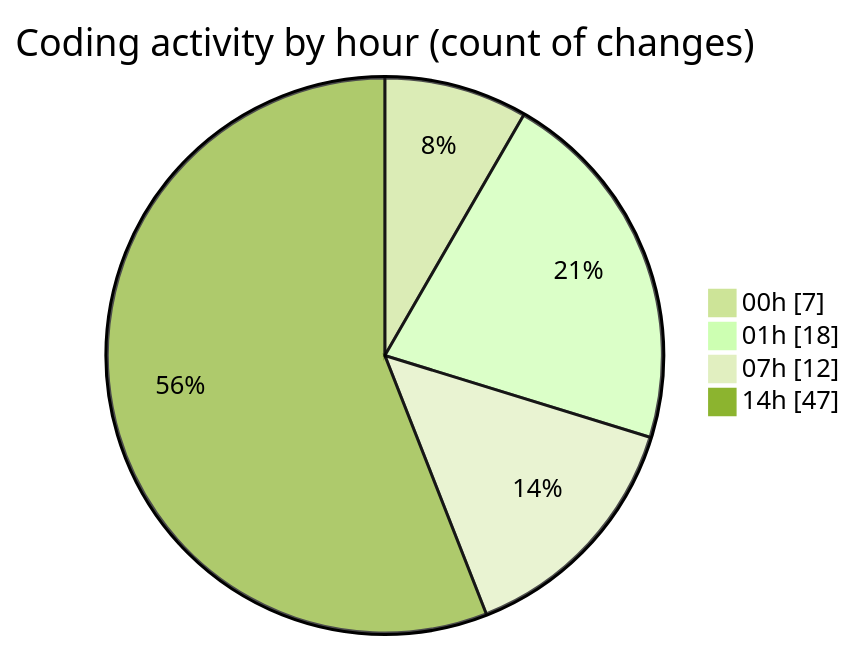
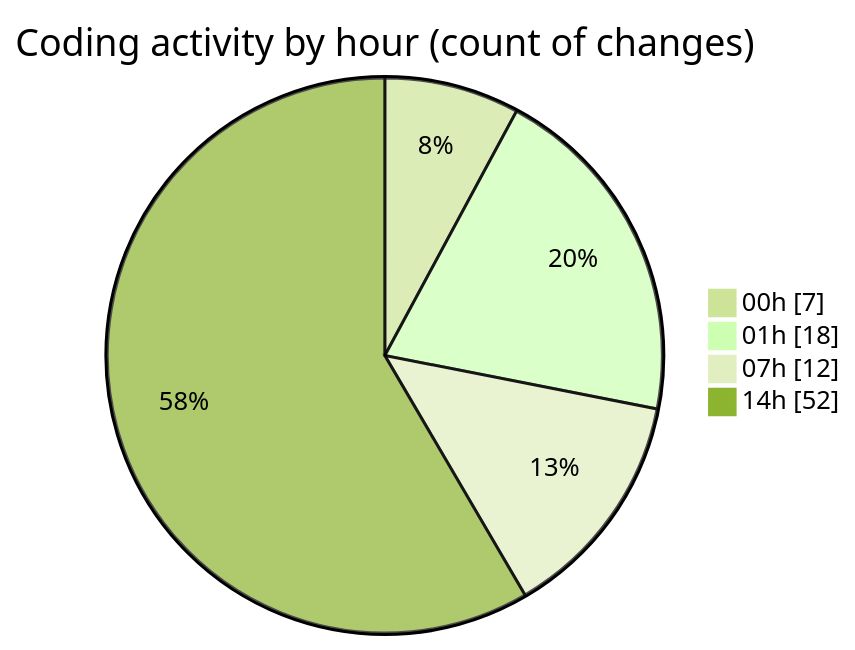
The second of 2 diagrams in 2026-04-24/darkwire/README.md (tmsrecording-cyber/code-tracking), drawn with Mermaid (forest theme) before and after one commit. The commit also changed other lines of this file and 1 other file, not shown here.

````diff
--- a/2026-04-24/darkwire/README.md
+++ b/2026-04-24/darkwire/README.md
@@ -49,8 +49,8 @@
 ```mermaid
 pie showData
 title Coding activity by hour (count of changes)
 "00h" : 7
 "01h" : 18
 "07h" : 12
-"14h" : 47
+"14h" : 52
 ```
````
